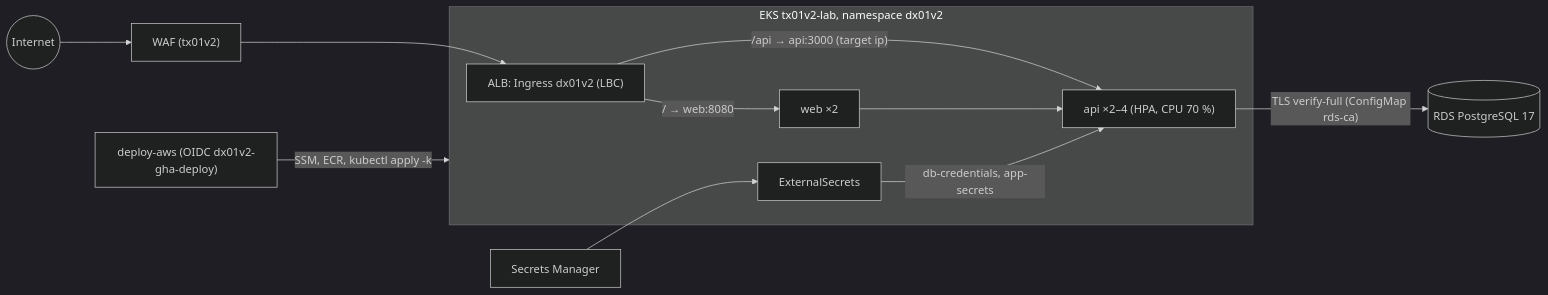
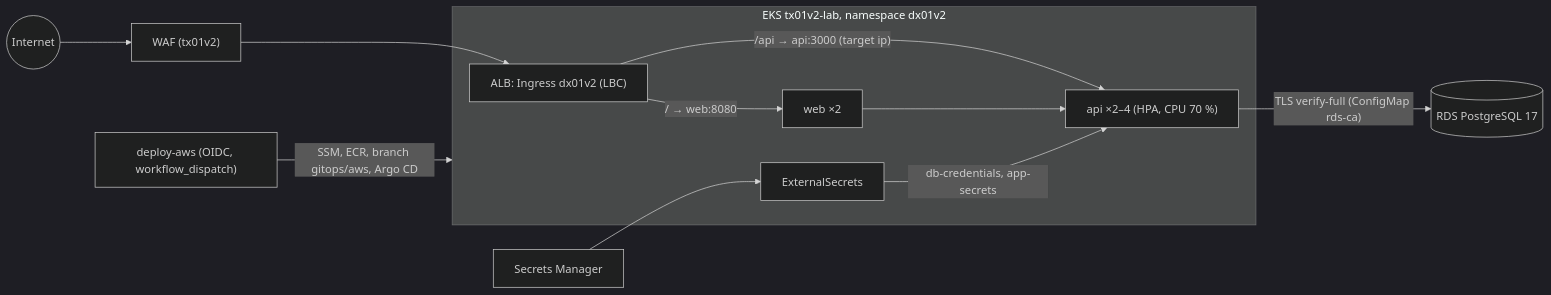
One commit to maringelix/dx01v2 changed the third of 3 diagrams in docs/ARQUITETURA.md. Above: the diagram before and after it, drawn with Mermaid (dark theme). The commit also changed 20 other files, not shown here.

First line of the commit message:
feat: deploy AWS app via Argo CD GitOps (#16)

````diff
--- a/docs/ARQUITETURA.md
+++ b/docs/ARQUITETURA.md
@@ -60,13 +60,13 @@
 ```mermaid
 flowchart LR
   internet((Internet)) --> waf["WAF (tx01v2)"] --> alb["ALB: Ingress dx01v2 (LBC)"]
   subgraph eks["EKS tx01v2-lab, namespace dx01v2"]
     alb -->|"/api → api:3000 (target ip)"| api["api ×2–4 (HPA, CPU 70 %)"]
     alb -->|"/ → web:8080"| web["web ×2"]
     web --> api
     eso["ExternalSecrets"] -->|"db-credentials, app-secrets"| api
   end
   api -->|"TLS verify-full (ConfigMap rds-ca)"| rds[("RDS PostgreSQL 17")]
   sm["Secrets Manager"] --> eso
-  gha["deploy-aws (OIDC dx01v2-gha-deploy)"] -->|"SSM, ECR, kubectl apply -k"| eks
+  gha["deploy-aws (OIDC, workflow_dispatch)"] -->|"SSM, ECR, branch gitops/aws, Argo CD"| eks
 ```
````
